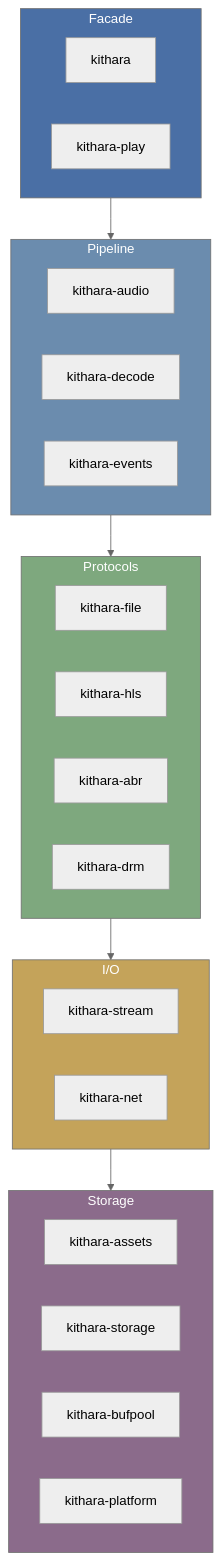
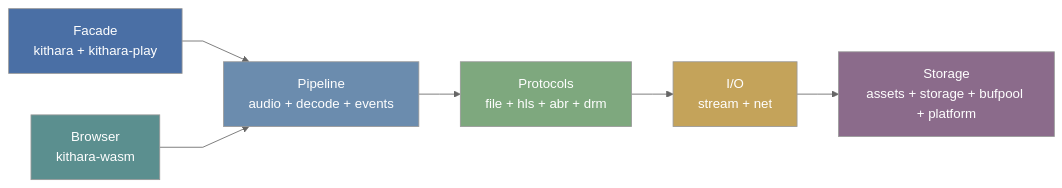
The diagram in README.md (zvuk/kithara), drawn with Mermaid (neutral theme) before and after one commit. The commit also changed other lines of this file, not shown here.

Commit message:
Compact root architecture diagram and inline crate README links

````diff
--- a/README.md
+++ b/README.md
@@ -40,41 +40,20 @@
 ```mermaid
 %%{init: {"flowchart": {"curve": "linear"}} }%%
-flowchart TD
-    subgraph facade["Facade"]
-        kithara["kithara"]
-        play["kithara-play"]
-    end
-
-    subgraph pipeline["Pipeline"]
-        audio["kithara-audio"]
-        decode["kithara-decode"]
-        events["kithara-events"]
-    end
-
-    subgraph protocols["Protocols"]
-        file["kithara-file"]
-        hls["kithara-hls"]
-        abr["kithara-abr"]
-        drm["kithara-drm"]
-    end
-
-    subgraph io["I/O"]
-        stream["kithara-stream"]
-        net["kithara-net"]
-    end
-
-    subgraph storage["Storage"]
-        assets["kithara-assets"]
-        stor["kithara-storage"]
-        bufpool["kithara-bufpool"]
-        platform["kithara-platform"]
-    end
+flowchart LR
+    facade["Facade<br/>kithara + kithara-play"]
+    pipeline["Pipeline<br/>audio + decode + events"]
+    protocols["Protocols<br/>file + hls + abr + drm"]
+    io["I/O<br/>stream + net"]
+    storage["Storage<br/>assets + storage + bufpool + platform"]
+    wasm["Browser<br/>kithara-wasm"]
 
     facade --> pipeline --> protocols --> io --> storage
+    wasm --> pipeline
 
     style facade fill:#4a6fa5,color:#fff
     style pipeline fill:#6b8cae,color:#fff
     style protocols fill:#7ea87e,color:#fff
     style io fill:#c4a35a,color:#fff
     style storage fill:#8b6b8b,color:#fff
+    style wasm fill:#5b8f8f,color:#fff
 ```
````
